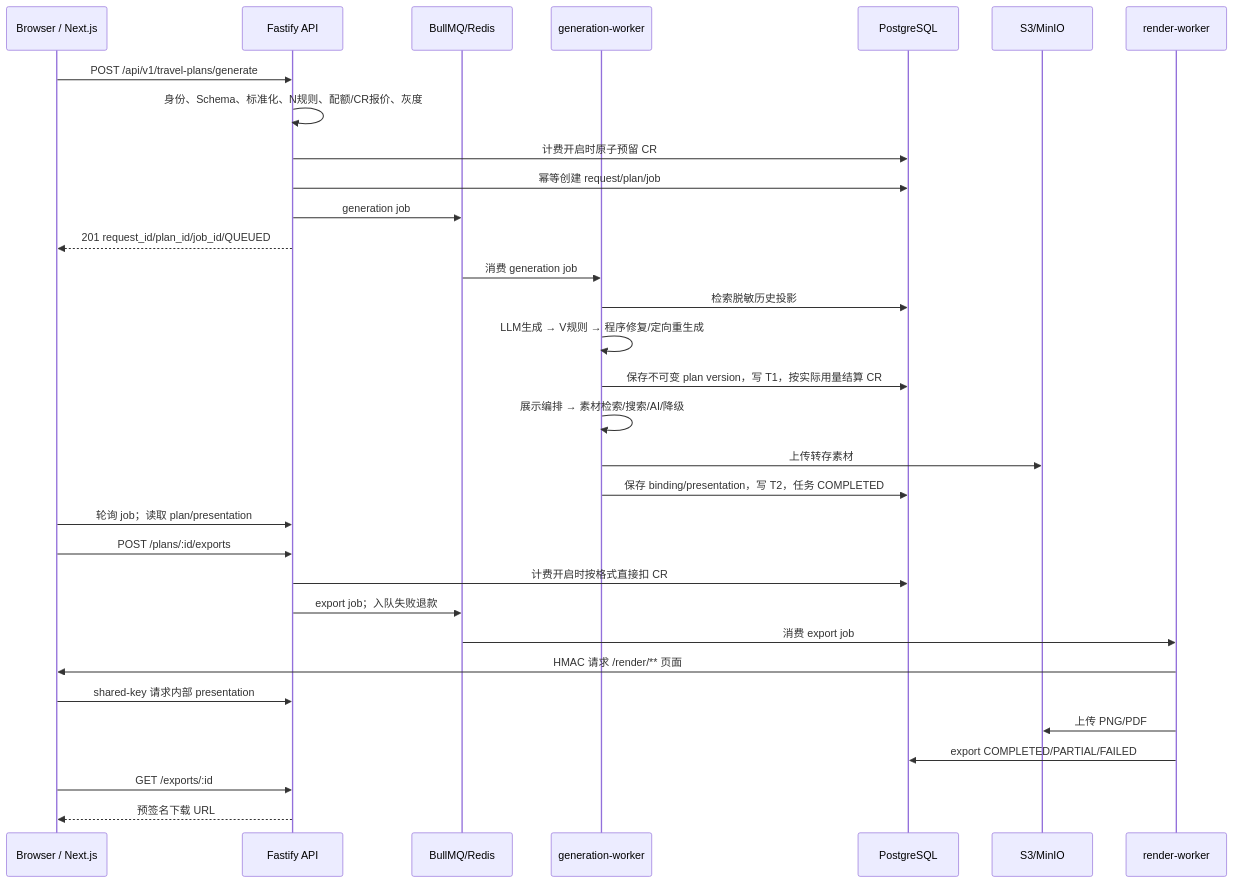
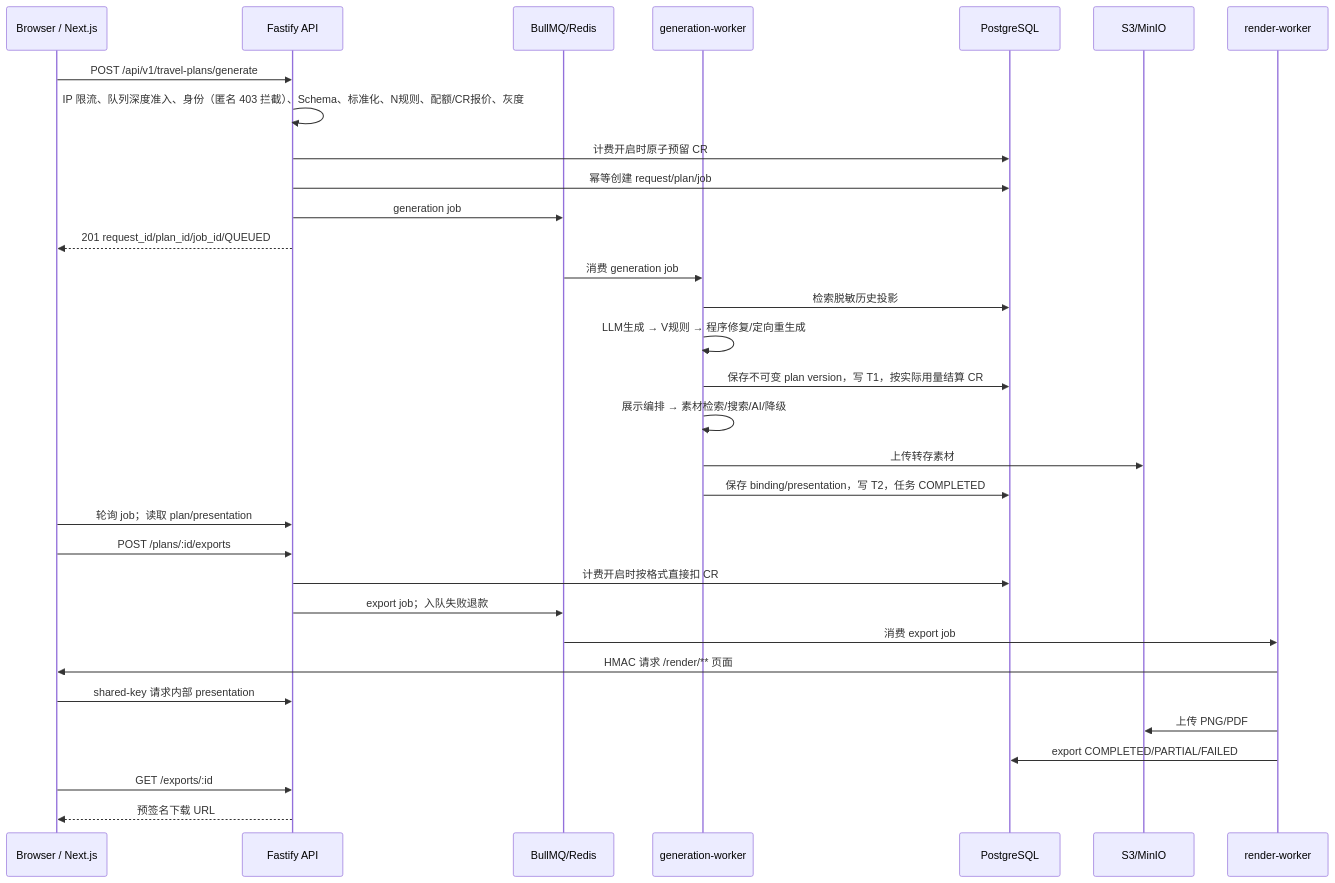
Before and after one commit to davidlee80/travel-poster-system: the diagram in docs/wiki/02-端到端主链路.md, drawn with Mermaid. The commit also changed other lines of this file and 7 other files, not shown here.

````diff
--- a/docs/wiki/02-端到端主链路.md
+++ b/docs/wiki/02-端到端主链路.md
@@ -8,35 +8,35 @@
 ```mermaid
 sequenceDiagram
   participant B as Browser / Next.js
   participant A as Fastify API
   participant Q as BullMQ/Redis
   participant G as generation-worker
   participant D as PostgreSQL
   participant O as S3/MinIO
   participant R as render-worker
 
   B->>A: POST /api/v1/travel-plans/generate
-  A->>A: 身份、Schema、标准化、N规则、配额/CR报价、灰度
+  A->>A: IP 限流、队列深度准入、身份（匿名 403 拦截）、Schema、标准化、N规则、配额/CR报价、灰度
   A->>D: 计费开启时原子预留 CR
   A->>D: 幂等创建 request/plan/job
   A->>Q: generation job
   A-->>B: 201 request_id/plan_id/job_id/QUEUED
   Q->>G: 消费 generation job
   G->>D: 检索脱敏历史投影
   G->>G: LLM生成 → V规则 → 程序修复/定向重生成
   G->>D: 保存不可变 plan version，写 T1，按实际用量结算 CR
   G->>G: 展示编排 → 素材检索/搜索/AI/降级
   G->>O: 上传转存素材
   G->>D: 保存 binding/presentation，写 T2，任务 COMPLETED
   B->>A: 轮询 job；读取 plan/presentation
   B->>A: POST /plans/:id/exports
   A->>D: 计费开启时按格式直接扣 CR
   A->>Q: export job；入队失败退款
   Q->>R: 消费 export job
   R->>B: HMAC 请求 /render/** 页面
   B->>A: shared-key 请求内部 presentation
   R->>O: 上传 PNG/PDF
   R->>D: export COMPLETED/PARTIAL/FAILED
   B->>A: GET /exports/:id
   A-->>B: 预签名下载 URL
 ```
````
